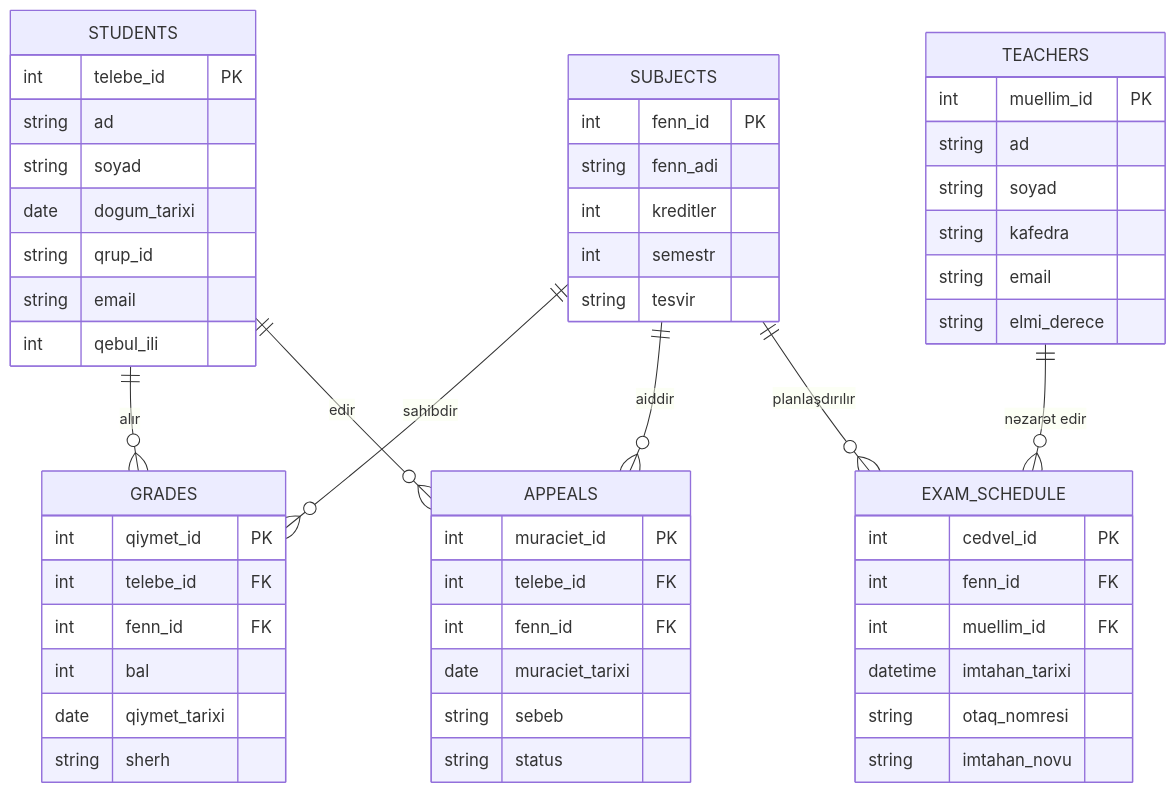
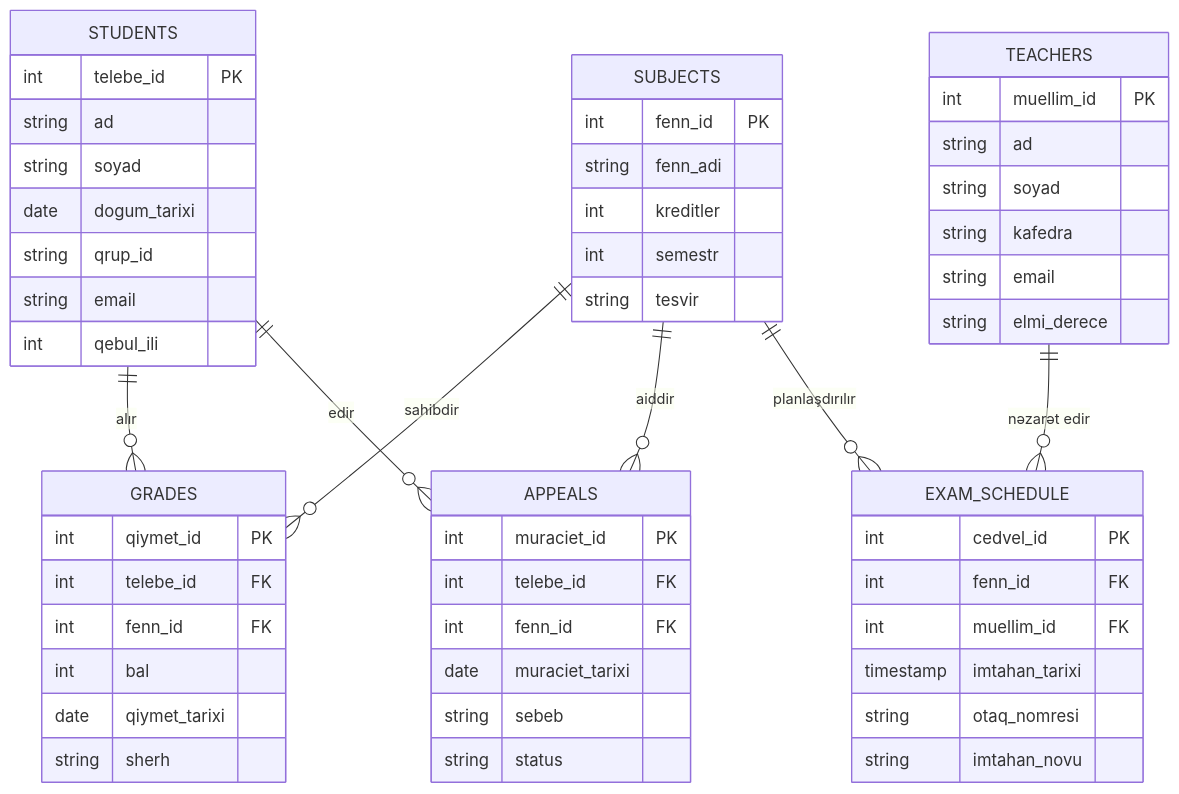
One commit to nicefaa6waa/dean_office_sql changed the first of 3 diagrams in README.md. Above: the diagram before and after it, drawn with Mermaid. The commit also changed other lines of this file and 2 other files, not shown here.

Commit message:
feat: Update `imtahan_tarixi` column type to `TIMESTAMP`, delete `convert_images.sh`, and modify `README.md`.

````diff
--- a/README.md
+++ b/README.md
@@ -61,58 +61,58 @@
 ```mermaid
 erDiagram
     STUDENTS {
         int telebe_id PK
         string ad
         string soyad
         date dogum_tarixi
         string qrup_id
         string email
         int qebul_ili
     }
     TEACHERS {
         int muellim_id PK
         string ad
         string soyad
         string kafedra
         string email
         string elmi_derece
     }
     SUBJECTS {
         int fenn_id PK
         string fenn_adi
         int kreditler
         int semestr
         string tesvir
     }
     EXAM_SCHEDULE {
         int cedvel_id PK
         int fenn_id FK
         int muellim_id FK
-        datetime imtahan_tarixi
+        timestamp imtahan_tarixi
         string otaq_nomresi
         string imtahan_novu
     }
     GRADES {
         int qiymet_id PK
         int telebe_id FK
         int fenn_id FK
         int bal
         date qiymet_tarixi
         string sherh
     }
     APPEALS {
         int muraciet_id PK
         int telebe_id FK
         int fenn_id FK
         date muraciet_tarixi
         string sebeb
         string status
     }
 
     STUDENTS ||--o{ GRADES : "alır"
     SUBJECTS ||--o{ GRADES : "sahibdir"
     STUDENTS ||--o{ APPEALS : "edir"
     SUBJECTS ||--o{ APPEALS : "aiddir"
     TEACHERS ||--o{ EXAM_SCHEDULE : "nəzarət edir"
     SUBJECTS ||--o{ EXAM_SCHEDULE : "planlaşdırılır"
 ```
````
